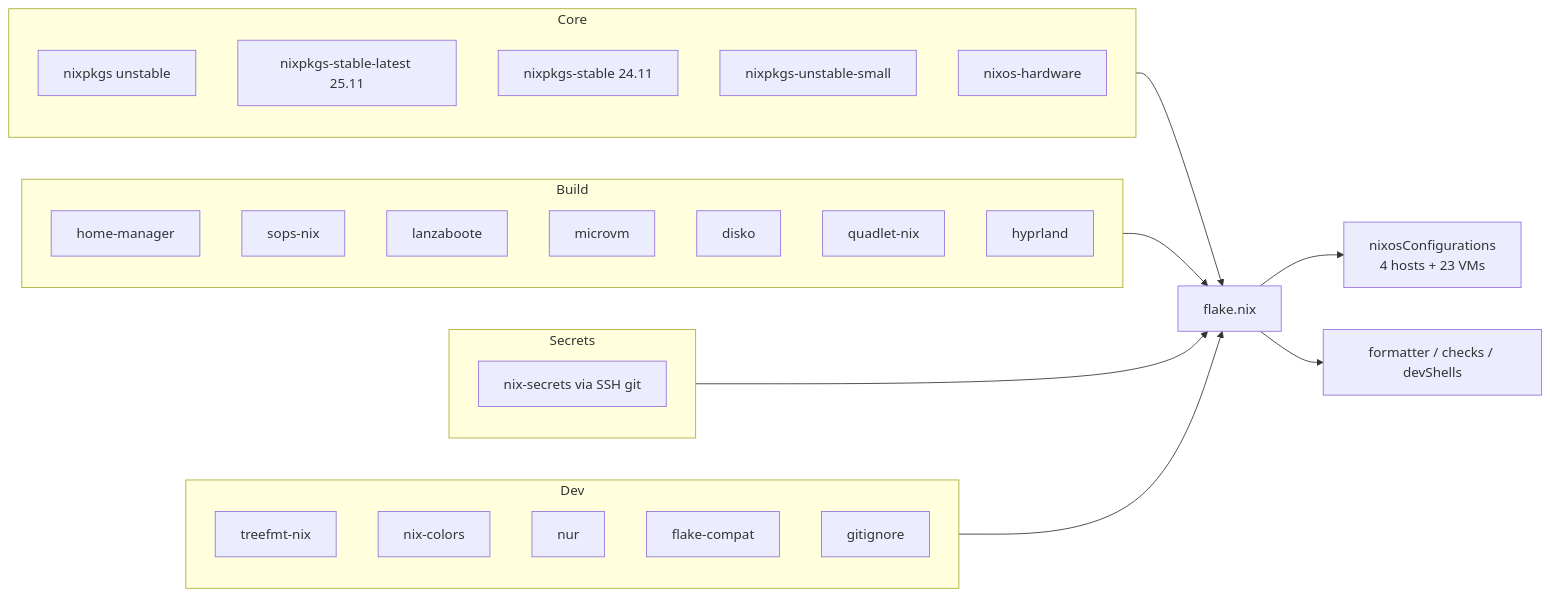
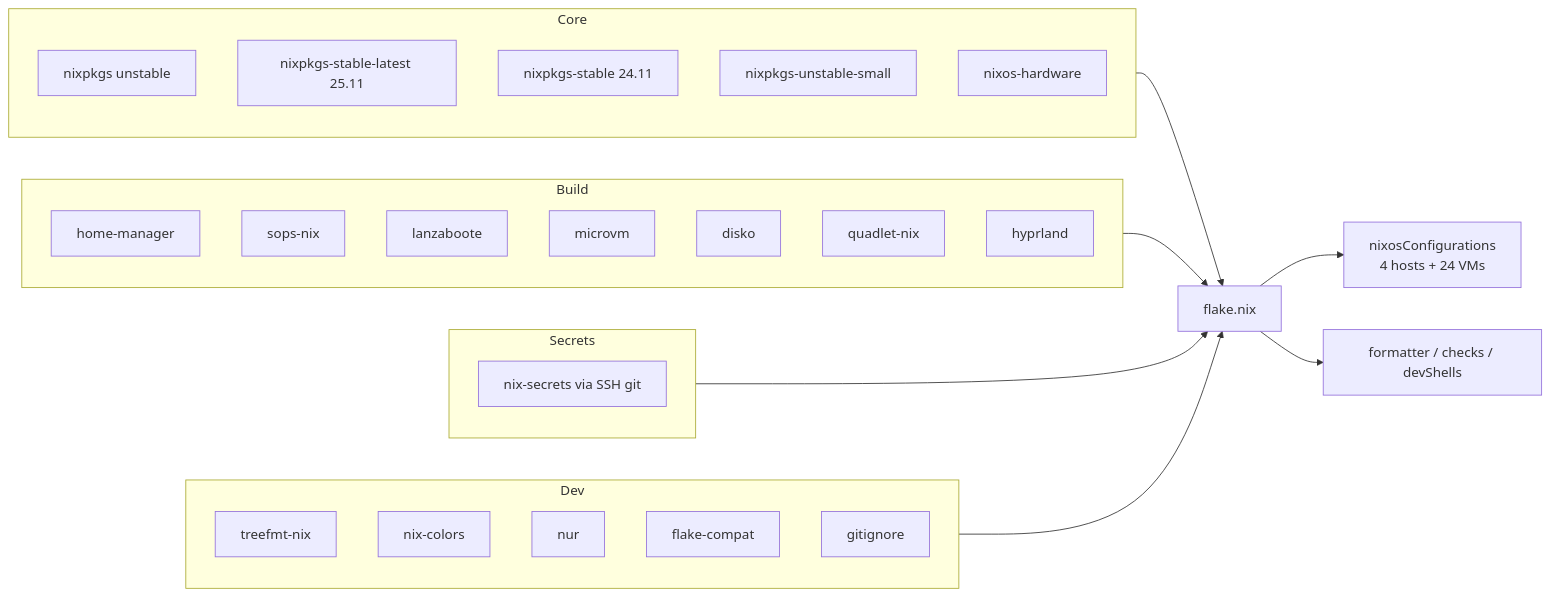
The second of 10 diagrams in docs/Project_Architecture_Blueprint.md (telometto/nix-config), drawn with Mermaid before and after one commit.

Commit message:
fix(docs): update VM count in Project Architecture Blueprint

````diff
--- a/docs/Project_Architecture_Blueprint.md
+++ b/docs/Project_Architecture_Blueprint.md
@@ -68,35 +68,35 @@
 ```mermaid
 flowchart LR
     subgraph Core
         NP[nixpkgs unstable]
         NPS[nixpkgs-stable-latest 25.11]
         NPS2[nixpkgs-stable 24.11]
         NPU[nixpkgs-unstable-small]
         NHW[nixos-hardware]
     end
     subgraph Build
         HM[home-manager]
         SOPS[sops-nix]
         LB[lanzaboote]
         MVM[microvm]
         DISKO[disko]
         QN[quadlet-nix]
         HYP[hyprland]
     end
     subgraph Secrets
         NS[nix-secrets via SSH git]
     end
     subgraph Dev
         TFMT[treefmt-nix]
         NC[nix-colors]
         NUR[nur]
         FC[flake-compat]
         GI[gitignore]
     end
     Core --> F[flake.nix]
     Build --> F
     Secrets --> F
     Dev --> F
-    F --> OUT1[nixosConfigurations\n4 hosts + 23 VMs]
+    F --> OUT1[nixosConfigurations\n4 hosts + 24 VMs]
     F --> OUT2[formatter / checks / devShells]
 ```
````
